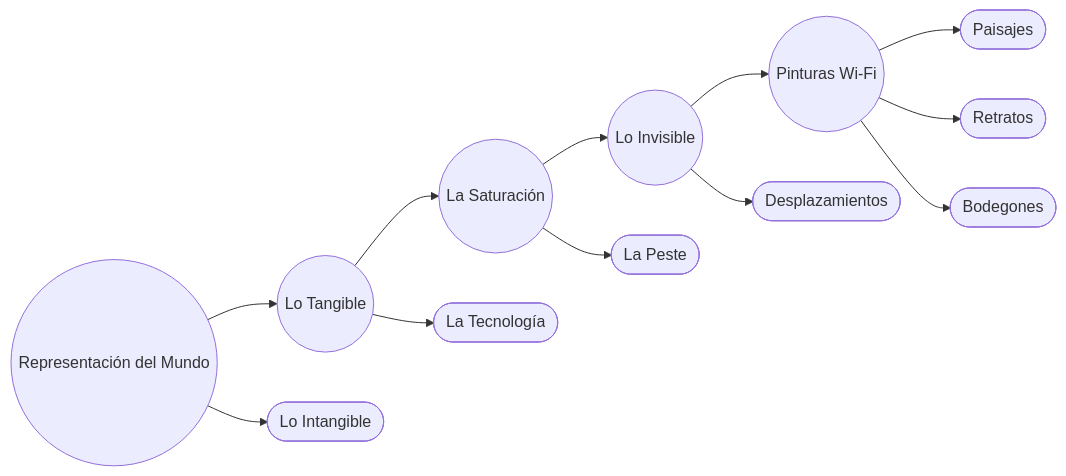
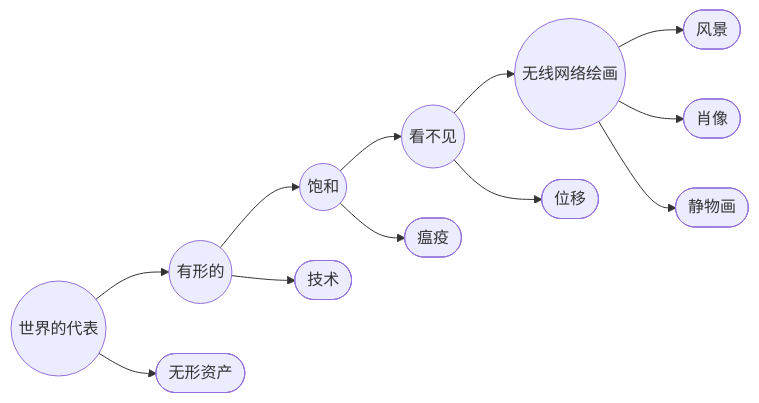
Before and after one commit to EGGS-Artesvisuales/EGGS-Artesvisuales.github.io: the diagram in CHN/pinturas-wifi.md, drawn with Mermaid. The commit also changed other lines of this file and 43 other files, not shown here.

```diff
--- a/CHN/pinturas-wifi.md
+++ b/CHN/pinturas-wifi.md
@@ -93,35 +93,35 @@
 <div class="mermaid">
 graph LR
-  A((Representación del Mundo)) --> B((Lo Tangible))
-  A --> B2([Lo Intangible])
+  A((世界的代表)) --> B((有形的))
+  A --> B2([无形资产])
 
-  B --> C((La Saturación))
-  B --> C2([La Tecnología])
+  B --> C((饱和))
+  B --> C2([技术])
 
-  C --> D((Lo Invisible))
-  C --> D2([La Peste])
+  C --> D((看不见))
+  C --> D2([瘟疫])
 
-  D --> E((Pinturas Wi-Fi))
-  D --> F([Desplazamientos])
+  D --> E((无线网络绘画))
+  D --> F([位移])
 
-  %% Hijos de Pinturas Wi-Fi (categorías dentro de esta página)
-  E --> E1([Paisajes])
-  E --> E2([Retratos])
-  E --> E3([Bodegones])
+  %% Hijos de Pinturas Wi-Fi (此页面内的类别)
+  E --> E1([风景])
+  E --> E2([肖像])
+  E --> E3([静物画])
 
-  %% Clicks (todos clickeables)
-  click A "/CHN/mundo-exterior.html" "Ver Representación del Mundo"
-  click B "/CHN/tangible.html" "Ver Lo Tangible"
-  click B2 "/CHN/intangible.html" "Ver Lo Intangible"
-  click C "/CHN/saturacion.html" "Ver La Saturación"
-  click C2 "/CHN/en-construccion.html" "Ver La Tecnología"
-  click D "/CHN/lo-invisible.html" "Ver Lo Invisible"
-  click D2 "/CHN/la-peste.html" "Ver La Peste"
-  click E "/CHN/pinturas-wifi.html" "Ver Pinturas Wi-Fi"
-  click F "/CHN/en-construccion.html" "Ver Desplazamientos de la pintura"
+  %% Clicks (全部可点击)
+  click A "/CHN/mundo-exterior.html" "参见世界的代表性"
+  click B "/CHN/tangible.html" "看到有形的"
+  click B2 "/CHN/intangible.html" "查看无形资产"
+  click C "/CHN/saturacion.html" "查看饱和度"
+  click C2 "/CHN/en-construccion.html" "看技术"
+  click D "/CHN/lo-invisible.html" "看到看不见的东西"
+  click D2 "/CHN/la-peste.html" "参见瘟疫"
+  click E "/CHN/pinturas-wifi.html" "查看 Wi-Fi 画作"
+  click F "/CHN/en-construccion.html" "参见绘画动作"
 
-  %% Enlaces a secciones internas (anclas) para coherencia con las 3 categorías
-  click E1 "#paisajes" "Ver Paisajes (Pinturas Wi-Fi)"
-  click E2 "#retratos" "Ver Retratos (Pinturas Wi-Fi)"
-  click E3 "#bodegones" "Ver Bodegones (Pinturas Wi-Fi)"
+  %% Enlaces a secciones internas (锚点) para coherencia con las 3 categorías
+  click E1 "#风景" "看风景（Wi-Fi绘画）"
+  click E2 "#肖像" "查看肖像（Wi-Fi 绘画）"
+  click E3 "#静物" "查看静物画（Wi-Fi 绘画）"
 </div>
```
